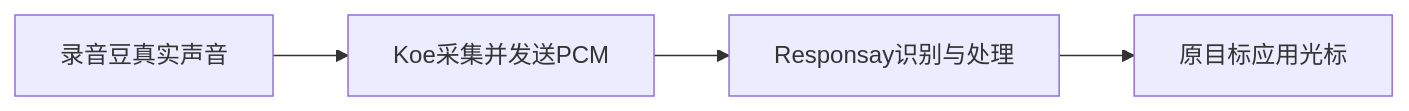
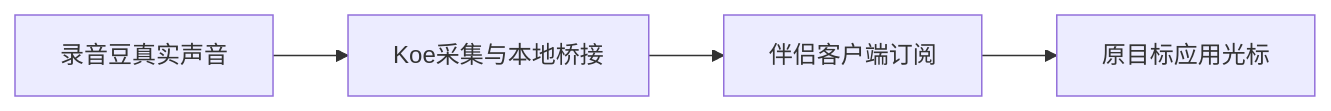
One commit to semantic-craft/koe changed the diagram in docs/mode-workspaces.md. Above: the diagram before and after it, drawn with Mermaid. The commit also changed other lines of this file and 26 other files, not shown here.

````diff
--- a/docs/mode-workspaces.md
+++ b/docs/mode-workspaces.md
@@ -61,6 +55,6 @@
 ```mermaid
 flowchart LR
-    Device[录音豆真实声音] --> Koe[Koe采集并发送PCM]
-    Koe --> Responsay[Responsay识别与处理]
-    Responsay --> Cursor[原目标应用光标]
+    Device[录音豆真实声音] --> Koe[Koe采集与本地桥接]
+    Koe --> Companion[伴侣客户端订阅]
+    Companion --> Cursor[原目标应用光标]
 ```
````
